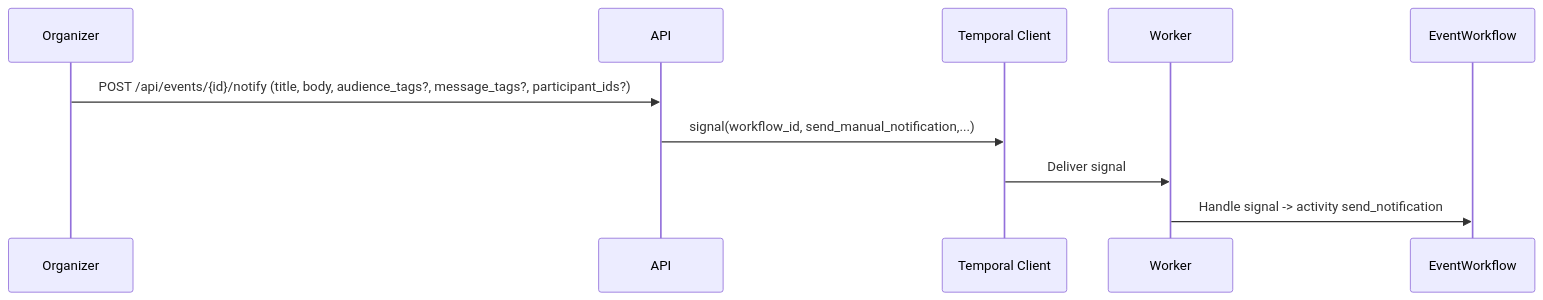
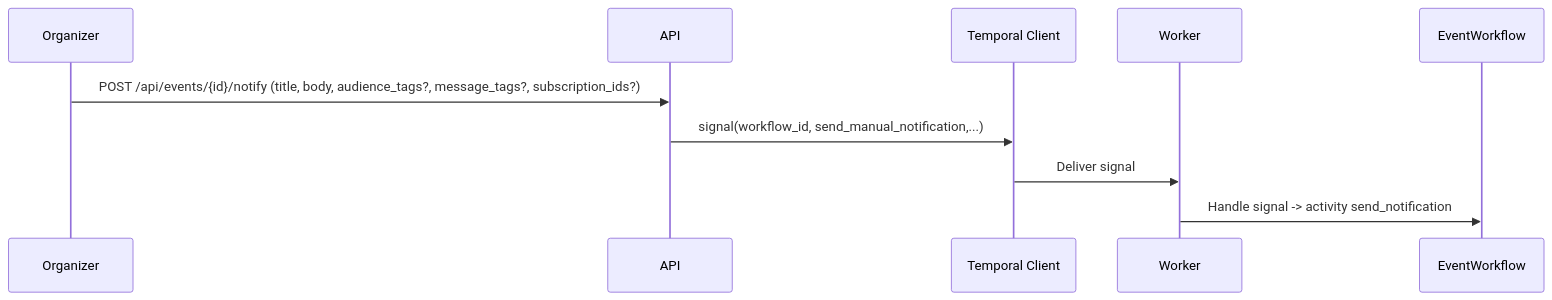
One commit to pypeaday/soonish changed the eighth of 10 diagrams in docs/reimplementation-plan.md. Above: the diagram before and after it, drawn with Mermaid. The commit also changed other lines of this file and 5 other files, not shown here.

````diff
--- a/docs/reimplementation-plan.md
+++ b/docs/reimplementation-plan.md
@@ -256,12 +242,12 @@
 ```mermaid
 sequenceDiagram
   participant Org as Organizer
   participant API
   participant TC as Temporal Client
   participant W as Worker
   participant WF as EventWorkflow
-  Org->>API: POST /api/events/{id}/notify (title, body, audience_tags?, message_tags?, participant_ids?)
+  Org->>API: POST /api/events/{id}/notify (title, body, audience_tags?, message_tags?, subscription_ids?)
   API->>TC: signal(workflow_id, send_manual_notification,...)
   TC->>W: Deliver signal
   W->>WF: Handle signal -> activity send_notification
 ```
````
